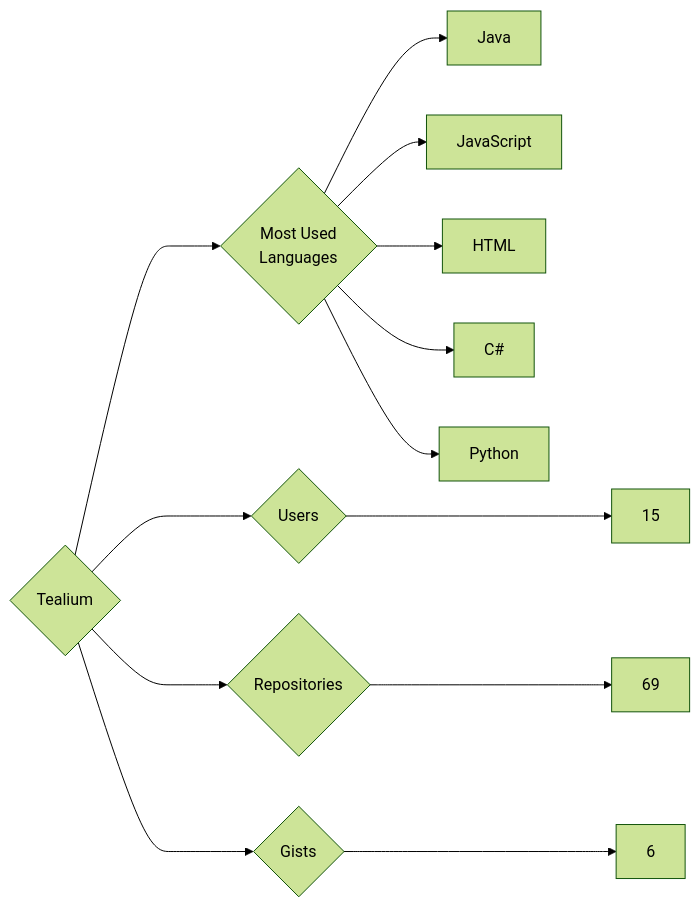
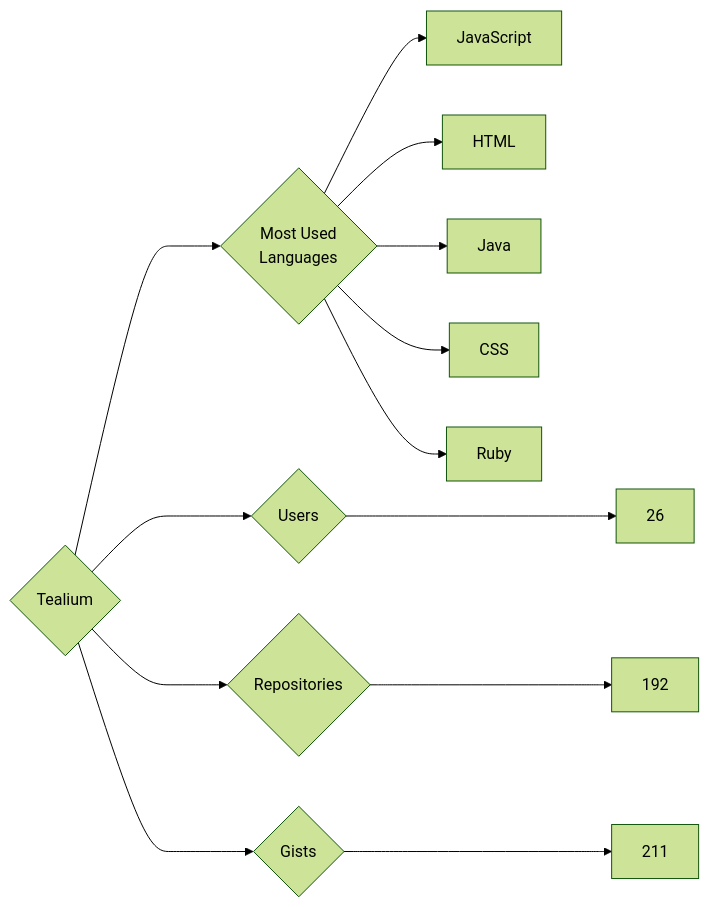
One commit to trickest/insiders changed the diagram in targets/Tealium/README.md. Above: the diagram before and after it, drawn with Mermaid (forest theme). The commit also changed 597 other files, not shown here.

````diff
--- a/targets/Tealium/README.md
+++ b/targets/Tealium/README.md
@@ -3,13 +3,13 @@
 ```mermaid
 graph LR
 COMPANY_NAME{Tealium}
-COMPANY_NAME ---> U{Users} ---> UN[15]
-COMPANY_NAME ---> R{Repositories} ---> RN[69]
-COMPANY_NAME ---> G{Gists} ---> GN[6]
+COMPANY_NAME ---> U{Users} ---> UN[26]
+COMPANY_NAME ---> R{Repositories} ---> RN[192]
+COMPANY_NAME ---> G{Gists} ---> GN[211]
 COMPANY_NAME ---> ML{Most Used<br>Languages}
-ML --> Java[Java]
 ML --> JavaScript[JavaScript]
 ML --> HTML[HTML]
-ML --> C#[C#]
-ML --> Python[Python]
+ML --> Java[Java]
+ML --> CSS[CSS]
+ML --> Ruby[Ruby]
 ```
````
